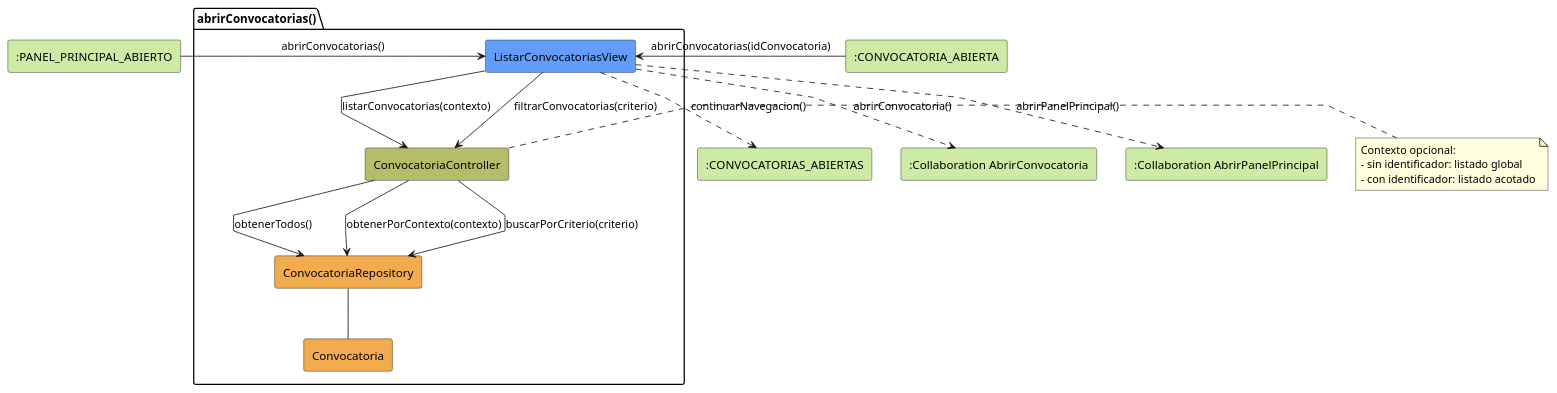
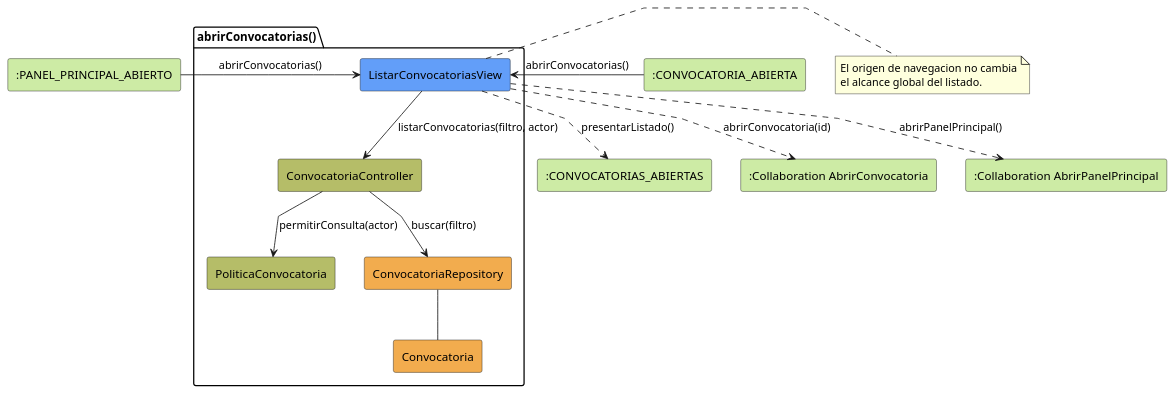
Before and after one commit to beatriizorozco/25-26-idsw2-sdVC: the diagram in RUP/01-analisis/casos-uso/coordinador/abrirConvocatorias/colaboracion.puml, drawn with PlantUML. The commit also changed 13 other files, not shown here.

Commit message:
docs(analisis): bloque 9 - convocatorias. También he corregido parte del desarrollo para que se abriera bien spring boot y readme principal

```diff
--- a/RUP/01-analisis/casos-uso/coordinador/abrirConvocatorias/colaboracion.puml
+++ b/RUP/01-analisis/casos-uso/coordinador/abrirConvocatorias/colaboracion.puml
@@ -1,35 +1,31 @@
 @startuml abrirConvocatorias-analisis
 skinparam linetype polyline
 
-rectangle #CDEBA5 ":PANEL_PRINCIPAL_ABIERTO" as EstadoEntrada1
-rectangle #CDEBA5 ":CONVOCATORIA_ABIERTA" as EstadoEntrada2
+rectangle #CDEBA5 ":PANEL_PRINCIPAL_ABIERTO" as Panel
+rectangle #CDEBA5 ":CONVOCATORIA_ABIERTA" as Detalle
 package abrirConvocatorias as "abrirConvocatorias()" {
     rectangle #629EF9 ListarConvocatoriasView
     rectangle #b5bd68 ConvocatoriaController
+    rectangle #b5bd68 PoliticaConvocatoria
     rectangle #F2AC4E ConvocatoriaRepository
     rectangle #F2AC4E Convocatoria
 }
+rectangle #CDEBA5 ":CONVOCATORIAS_ABIERTAS" as Salida
+rectangle #CDEBA5 ":Collaboration AbrirConvocatoria" as AbrirConvocatoria
+rectangle #CDEBA5 ":Collaboration AbrirPanelPrincipal" as AbrirPanel
 
-rectangle #CDEBA5 ":CONVOCATORIAS_ABIERTAS" as EstadoSalida
-rectangle #CDEBA5 ":Collaboration AbrirConvocatoria" as AbrirConvocatoria
-rectangle #CDEBA5 ":Collaboration AbrirPanelPrincipal" as AbrirPanelPrincipal
+Panel -r-> ListarConvocatoriasView: abrirConvocatorias()
+Detalle -r-> ListarConvocatoriasView: abrirConvocatorias()
+ListarConvocatoriasView -d-> ConvocatoriaController: listarConvocatorias(filtro, actor)
+ConvocatoriaController --> PoliticaConvocatoria: permitirConsulta(actor)
+ConvocatoriaController --> ConvocatoriaRepository: buscar(filtro)
+ConvocatoriaRepository -- Convocatoria
+ListarConvocatoriasView ..> Salida: presentarListado()
+ListarConvocatoriasView ..> AbrirConvocatoria: abrirConvocatoria(id)
+ListarConvocatoriasView ..> AbrirPanel: abrirPanelPrincipal()
 
-EstadoEntrada1 -r-> ListarConvocatoriasView: abrirConvocatorias()
-EstadoEntrada2 -r-> ListarConvocatoriasView: abrirConvocatorias(idConvocatoria)
-
-ListarConvocatoriasView -d-> ConvocatoriaController: listarConvocatorias(contexto)
-ListarConvocatoriasView --> ConvocatoriaController: filtrarConvocatorias(criterio)
-ConvocatoriaController --> ConvocatoriaRepository: obtenerTodos()
-ConvocatoriaController --> ConvocatoriaRepository: obtenerPorContexto(contexto)
-ConvocatoriaController --> ConvocatoriaRepository: buscarPorCriterio(criterio)
-ConvocatoriaRepository -- Convocatoria
-note right of ConvocatoriaController
-Contexto opcional:
-- sin identificador: listado global
-- con identificador: listado acotado
+note right of ListarConvocatoriasView
+El origen de navegacion no cambia
+el alcance global del listado.
 end note
-ListarConvocatoriasView ..> EstadoSalida: continuarNavegacion()
-ListarConvocatoriasView ..> AbrirConvocatoria: abrirConvocatoria()
-ListarConvocatoriasView ..> AbrirPanelPrincipal: abrirPanelPrincipal()
-
 @enduml
```
